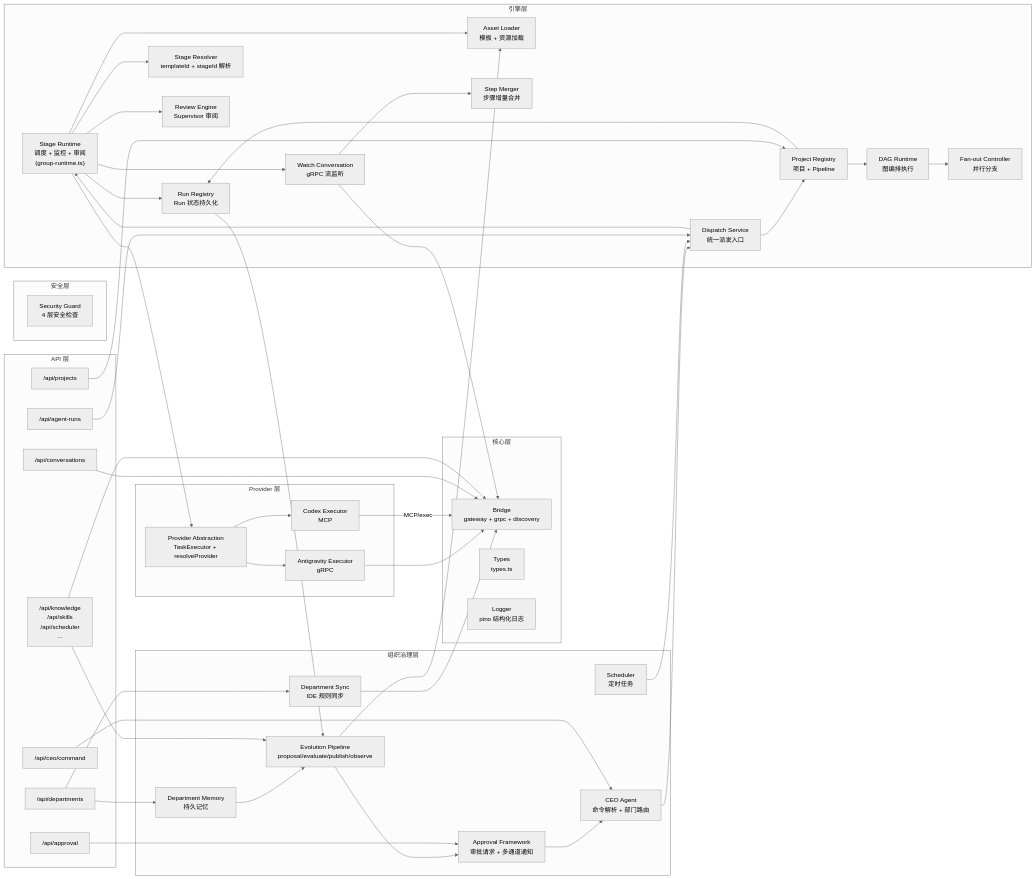
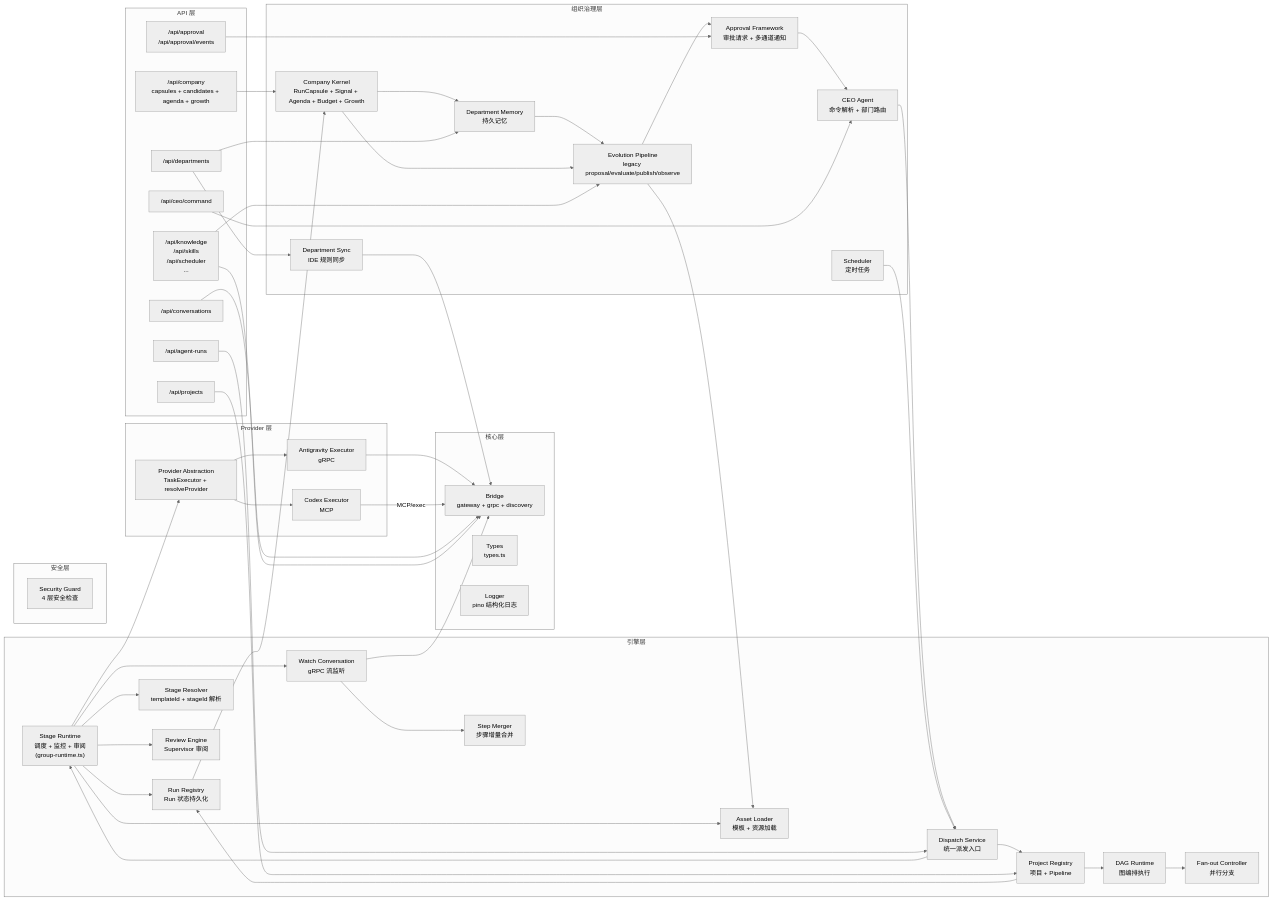
The third of 23 diagrams in ARCHITECTURE.md (pikapikaspeedup/OPC_CEO), drawn with Mermaid (neutral theme) before and after one commit. The commit also changed other lines of this file and 315 other files, not shown here.

Commit message:
feat: add company self-growth kernel

````diff
--- a/ARCHITECTURE.md
+++ b/ARCHITECTURE.md
@@ -69,76 +206,81 @@
 ```mermaid
 graph LR
     subgraph Core["核心层"]
         Bridge["Bridge<br/>gateway + grpc + discovery"]
         Types["Types<br/>types.ts"]
         Logger["Logger<br/>pino 结构化日志"]
     end
 
     subgraph Providers["Provider 层"]
         PAL["Provider Abstraction<br/>TaskExecutor + resolveProvider"]
         AE["Antigravity Executor<br/>gRPC"]
         CE["Codex Executor<br/>MCP"]
     end
 
     subgraph Engine["引擎层"]
         GroupRuntime["Stage Runtime<br/>调度 + 监控 + 审阅<br/>(group-runtime.ts)"]
         DispatchService["Dispatch Service<br/>统一派发入口"]
         RunRegistry["Run Registry<br/>Run 状态持久化"]
         ProjectRegistry["Project Registry<br/>项目 + Pipeline"]
         StageResolver["Stage Resolver<br/>templateId + stageId 解析"]
         AssetLoader["Asset Loader<br/>模板 + 资源加载"]
         ReviewEngine["Review Engine<br/>Supervisor 审阅"]
         WatchConv["Watch Conversation<br/>gRPC 流监听"]
         StepMerger["Step Merger<br/>步骤增量合并"]
         DagRuntime["DAG Runtime<br/>图编排执行"]
         FanOut["Fan-out Controller<br/>并行分支"]
     end
 
     subgraph OPC["组织治理层"]
         CEOAgent["CEO Agent<br/>命令解析 + 部门路由"]
         ApprovalFW["Approval Framework<br/>审批请求 + 多通道通知"]
         DeptSync["Department Sync<br/>IDE 规则同步"]
         DeptMemory["Department Memory<br/>持久记忆"]
-        Evolution["Evolution Pipeline<br/>proposal/evaluate/publish/observe"]
+        CompanyKernel["Company Kernel<br/>RunCapsule + Signal + Agenda + Budget + Growth"]
+        Evolution["Evolution Pipeline<br/>legacy proposal/evaluate/publish/observe"]
         Scheduler["Scheduler<br/>定时任务"]
     end
 
     subgraph Security["安全层"]
         SecurityGuard["Security Guard<br/>4 层安全检查"]
     end
 
     subgraph API["API 层"]
         ConvAPI["/api/conversations"]
         RunAPI["/api/agent-runs"]
         ProjAPI["/api/projects"]
         CEOAPI["/api/ceo/command"]
-        ApprovalAPI["/api/approval"]
+        ApprovalAPI["/api/approval<br/>/api/approval/events"]
         DeptAPI["/api/departments"]
+        CompanyAPI["/api/company<br/>capsules + candidates + agenda + growth"]
         OtherAPI["/api/knowledge<br/>/api/skills<br/>/api/scheduler<br/>..."]
     end
 
     GroupRuntime --> PAL
     PAL --> AE & CE
     AE --> Bridge
     CE -->|"MCP/exec"| Bridge
     GroupRuntime --> RunRegistry & StageResolver & AssetLoader & ReviewEngine & WatchConv
     DispatchService --> GroupRuntime & ProjectRegistry
     WatchConv --> StepMerger & Bridge
     ProjectRegistry --> DagRuntime & RunRegistry
     DagRuntime --> FanOut
     CEOAgent --> DispatchService
     Scheduler --> DispatchService
     ApprovalFW --> CEOAgent
     DeptMemory --> Evolution
-    RunRegistry --> Evolution
+    RunRegistry --> CompanyKernel
+    CompanyKernel --> DeptMemory
+    CompanyKernel --> Evolution
     Evolution --> ApprovalFW
     Evolution --> AssetLoader
     DeptSync --> Bridge
     ConvAPI --> Bridge
     RunAPI --> DispatchService
     CEOAPI --> CEOAgent
     ApprovalAPI --> ApprovalFW
     DeptAPI --> DeptSync & DeptMemory
     ProjAPI --> ProjectRegistry
+    CompanyAPI --> CompanyKernel
     OtherAPI --> Bridge & Evolution
 ```
````
